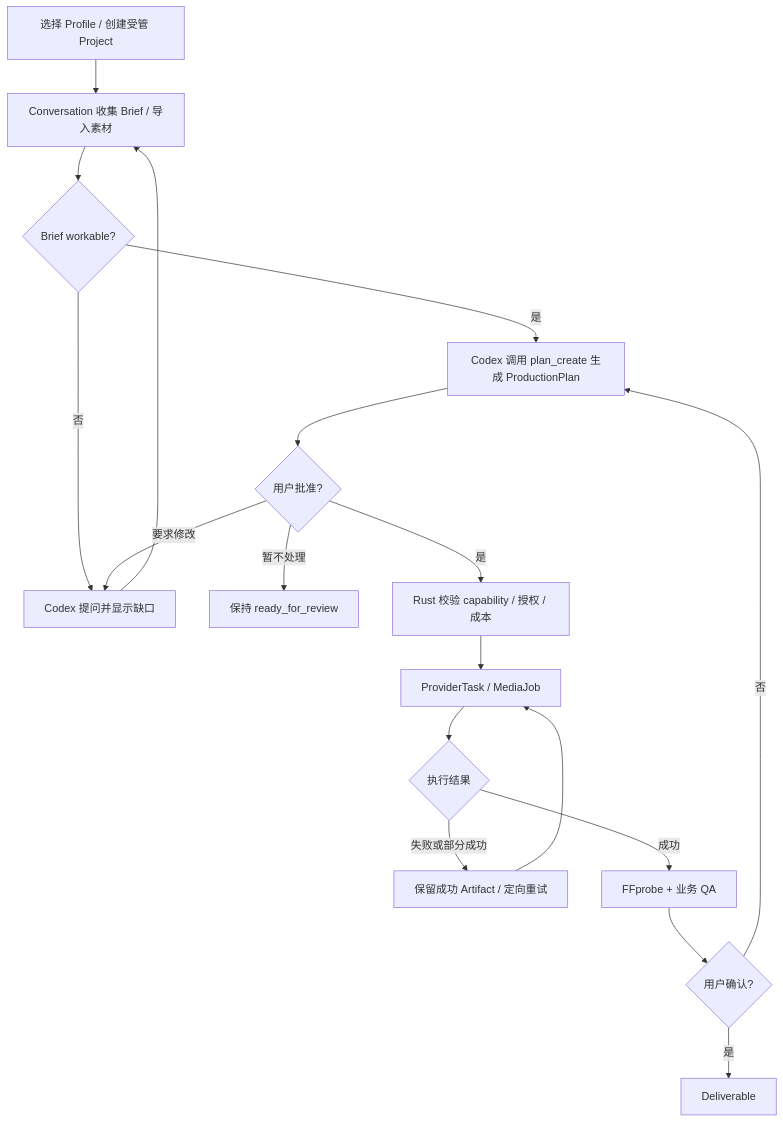
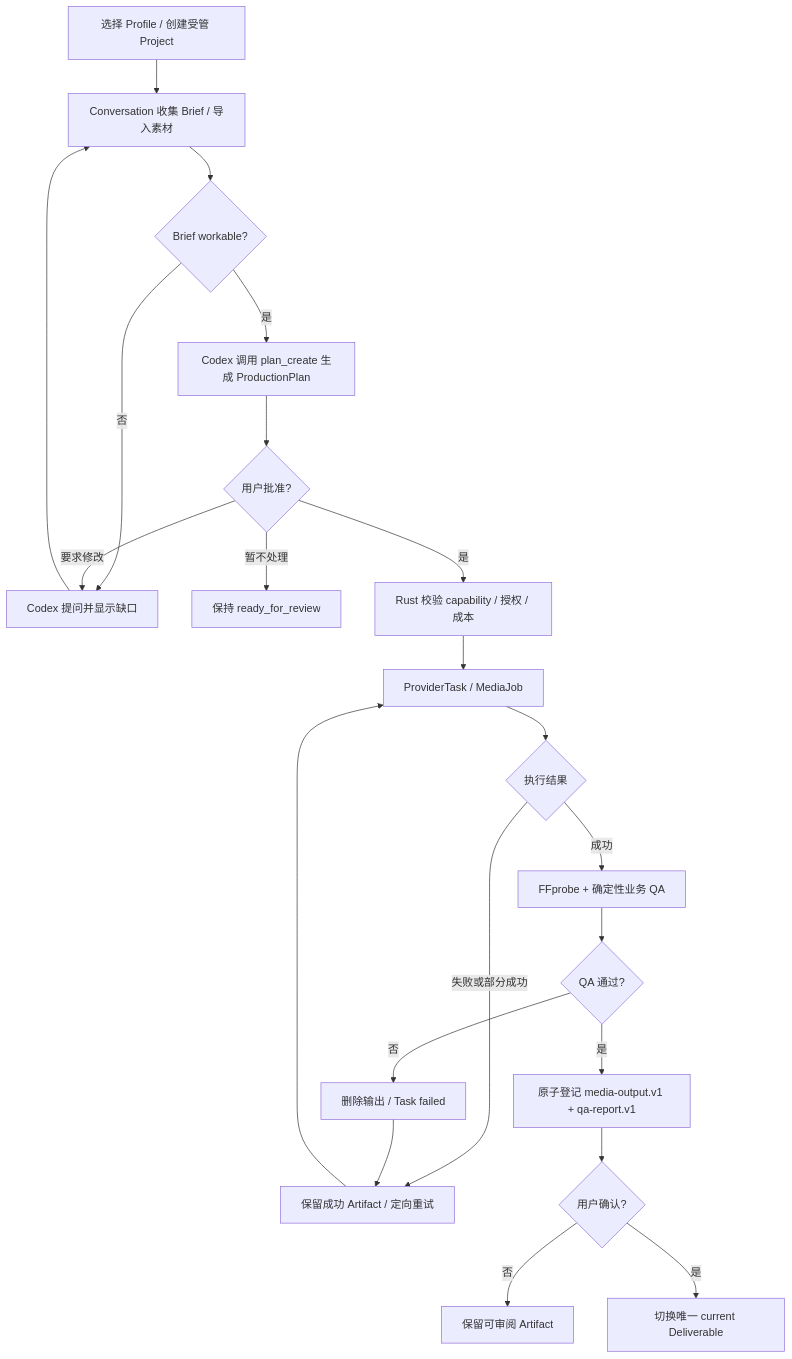
One commit to limecloud/limeshot changed the ninth of 9 diagrams in internal/roadmap/v1/DIAGRAMS.md. Above: the diagram before and after it, drawn with Mermaid. The commit also changed other lines of this file and 53 other files, not shown here.

````diff
--- a/internal/roadmap/v1/DIAGRAMS.md
+++ b/internal/roadmap/v1/DIAGRAMS.md
@@ -209,20 +282,24 @@
 ```mermaid
 flowchart TD
     A[选择 Profile / 创建受管 Project] --> B[Conversation 收集 Brief / 导入素材]
     B --> C{Brief workable?}
     C -- 否 --> D[Codex 提问并显示缺口]
     D --> B
     C -- 是 --> E[Codex 调用 plan_create 生成 ProductionPlan]
     E --> F{用户批准?}
     F -- 要求修改 --> D
     F -- 暂不处理 --> G[保持 ready_for_review]
     F -- 是 --> H[Rust 校验 capability / 授权 / 成本]
     H --> I[ProviderTask / MediaJob]
     I --> J{执行结果}
     J -- 失败或部分成功 --> K[保留成功 Artifact / 定向重试]
     K --> I
-    J -- 成功 --> L[FFprobe + 业务 QA]
-    L --> M{用户确认?}
-    M -- 否 --> E
-    M -- 是 --> N[Deliverable]
+    J -- 成功 --> L[FFprobe + 确定性业务 QA]
+    L --> Q{QA 通过?}
+    Q -- 否 --> R[删除输出 / Task failed]
+    R --> K
+    Q -- 是 --> S[原子登记 media-output.v1 + qa-report.v1]
+    S --> M{用户确认?}
+    M -- 否 --> T[保留可审阅 Artifact]
+    M -- 是 --> N[切换唯一 current Deliverable]
 ```
````
